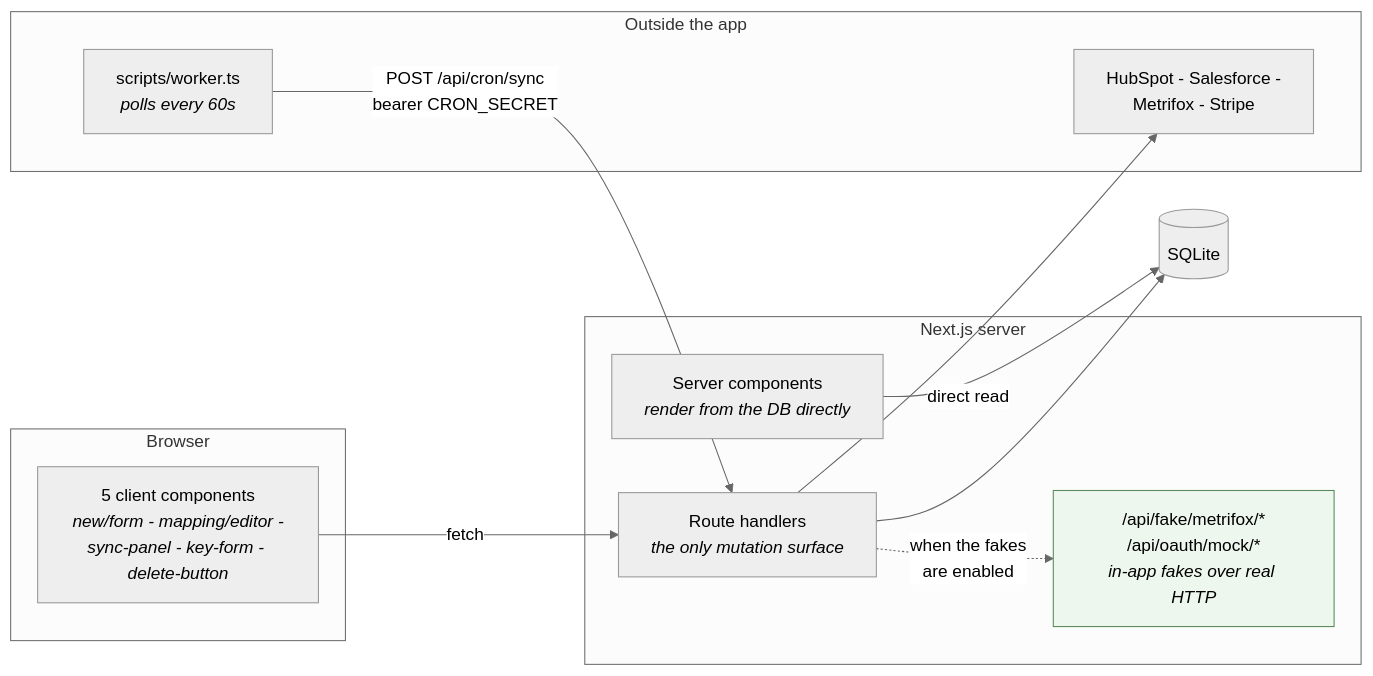
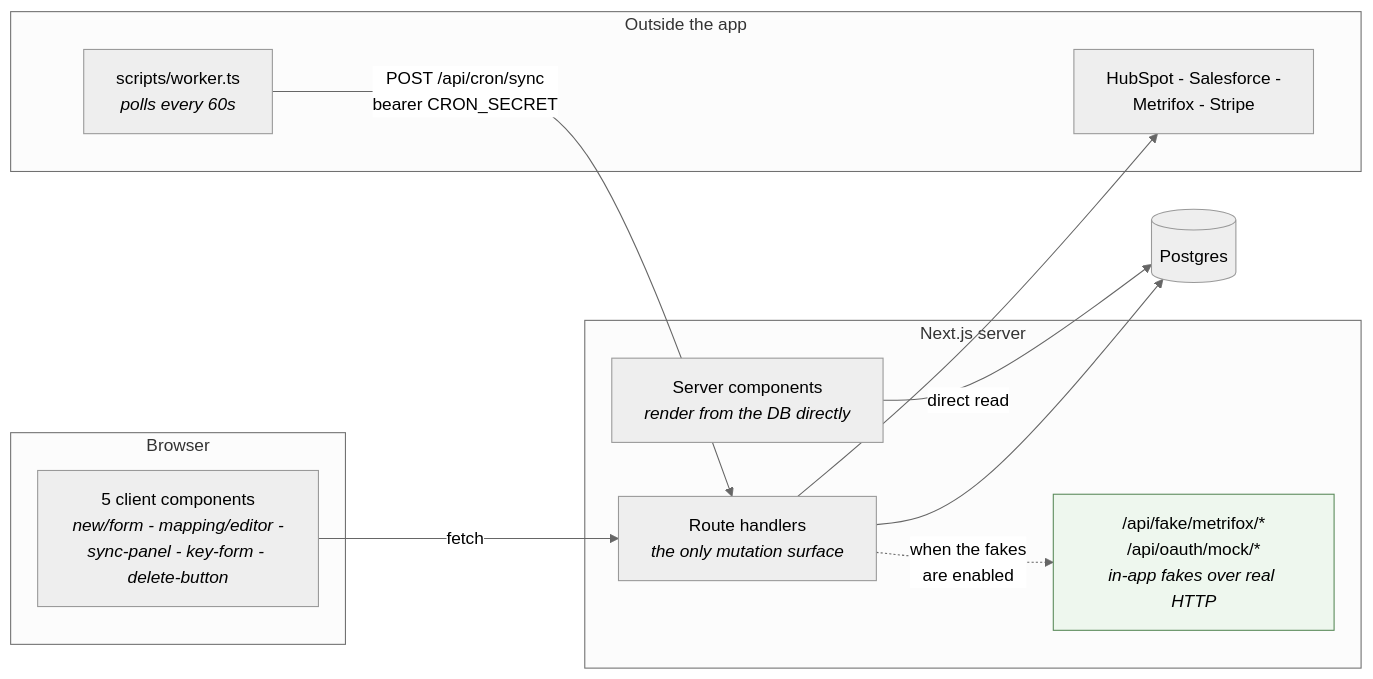
The eighth of 8 diagrams in docs/architecture.md (ajibade-ibrahim/Integration-Demo), drawn with Mermaid (neutral theme) before and after one commit. The commit also changed other lines of this file and 18 other files, not shown here.

Commit message:
switched to postgres from sqlite

````diff
--- a/docs/architecture.md
+++ b/docs/architecture.md
@@ -429,26 +429,26 @@
 ```mermaid
 flowchart LR
     subgraph browser["Browser"]
         CC["5 client components<br/><i>new/form - mapping/editor -<br/>sync-panel - key-form - delete-button</i>"]
     end
 
     subgraph server["Next.js server"]
         RSC["Server components<br/><i>render from the DB directly</i>"]
         RH["Route handlers<br/><i>the only mutation surface</i>"]
         FAKE["/api/fake/metrifox/*<br/>/api/oauth/mock/*<br/><i>in-app fakes over real HTTP</i>"]
     end
 
     subgraph outside["Outside the app"]
         W["scripts/worker.ts<br/><i>polls every 60s</i>"]
         EXT["HubSpot - Salesforce -<br/>Metrifox - Stripe"]
     end
 
     CC -->|fetch| RH
-    RSC -->|direct read| DB[("SQLite")]
+    RSC -->|direct read| DB[("Postgres")]
     RH --> DB
     RH --> EXT
     W -->|"POST /api/cron/sync<br/>bearer CRON_SECRET"| RH
     RH -.->|"when the fakes<br/>are enabled"| FAKE
 
     style FAKE fill:#eef7ee,stroke:#5a8a5a
 ```
````
